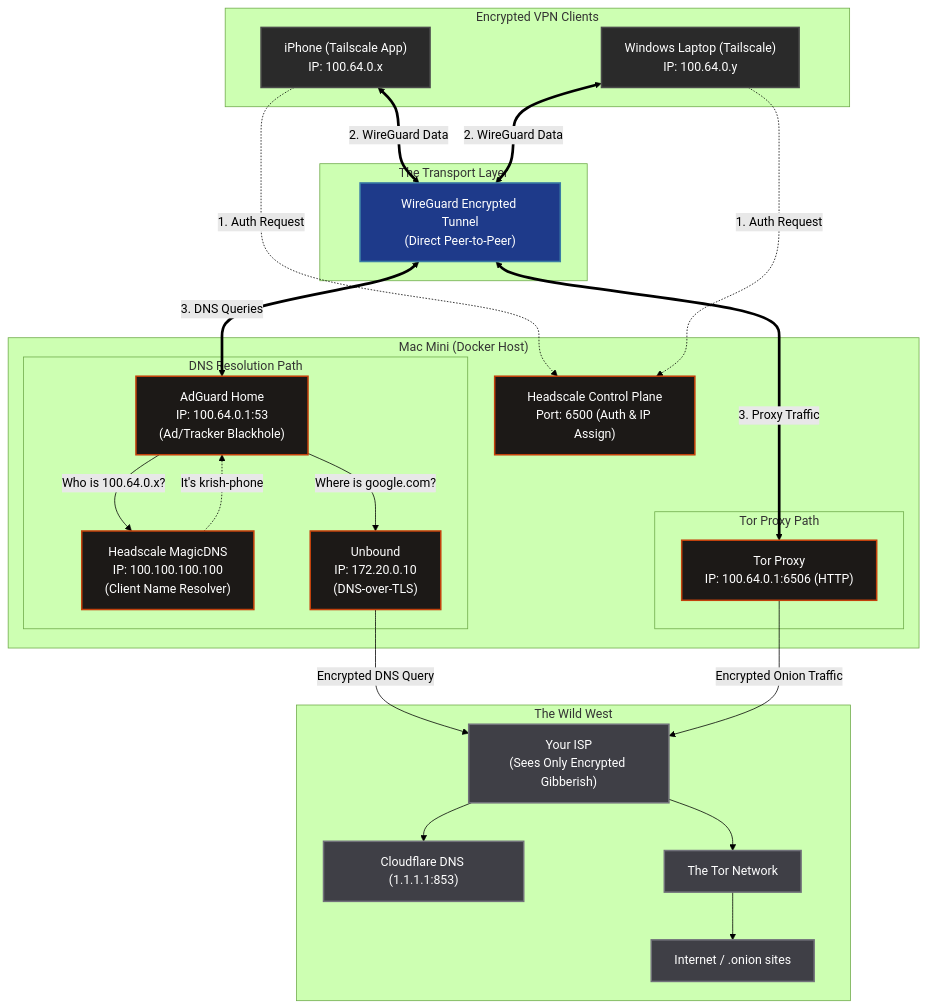
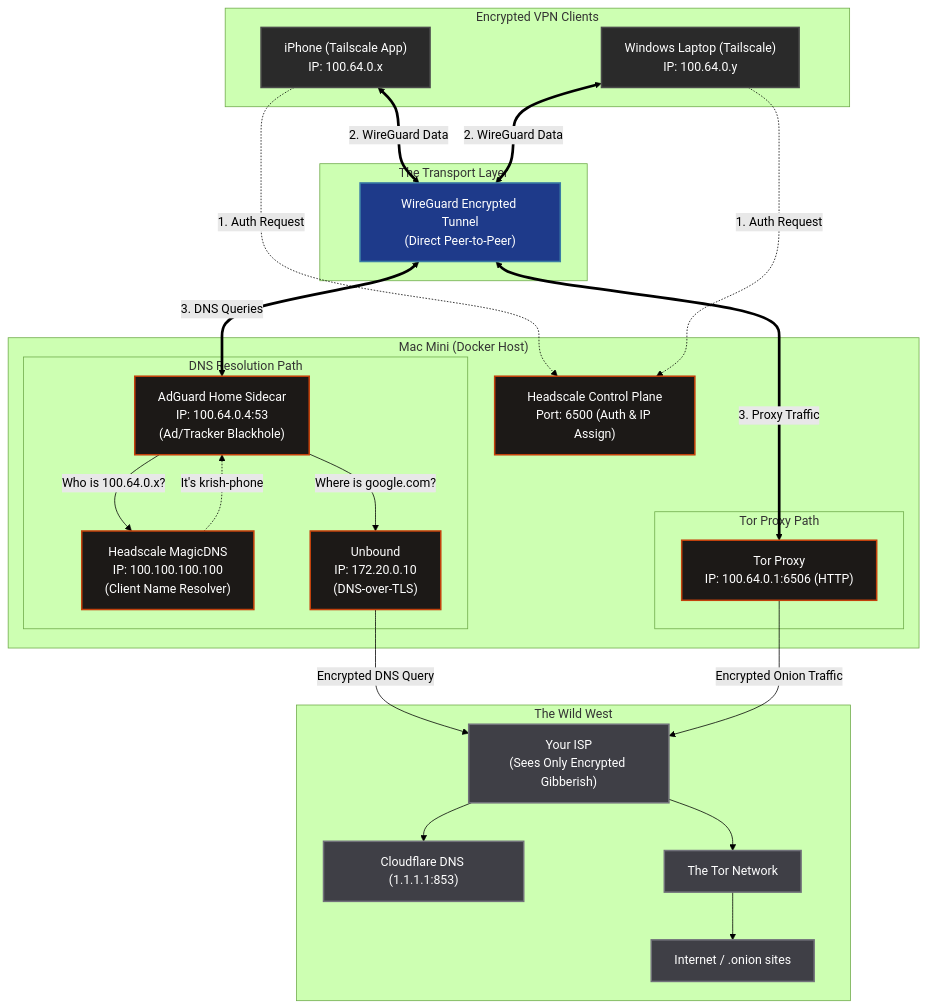
One commit to PoisedDok/emergent changed the diagram in README.md. Above: the diagram before and after it, drawn with Mermaid (forest theme). The commit also changed other lines of this file, not shown here.

Commit message:
docs: update architecture diagram and philosophy to reflect Sidecar

````diff
--- a/README.md
+++ b/README.md
@@ -9,62 +9,62 @@
 ```mermaid
 flowchart TD
     %% Define Styles
     classDef client fill:#2a2a2a,stroke:#4a4a4a,stroke-width:2px,color:#fff
     classDef wireguard fill:#1e3a8a,stroke:#3a7ca5,stroke-width:2px,color:#fff
     classDef container fill:#1c1917,stroke:#c2410c,stroke-width:2px,color:#fff
     classDef external fill:#3f3f46,stroke:#71717a,stroke-width:2px,color:#fff
 
     subgraph Clients ["Encrypted VPN Clients"]
         phone["iPhone (Tailscale App)\nIP: 100.64.0.x"]:::client
         laptop["Windows Laptop (Tailscale)\nIP: 100.64.0.y"]:::client
     end
 
     subgraph Tunnel ["The Transport Layer"]
         wg["WireGuard Encrypted Tunnel\n(Direct Peer-to-Peer)"]:::wireguard
     end
 
     subgraph Server ["Mac Mini (Docker Host)"]
         hs["Headscale Control Plane\nPort: 6500 (Auth & IP Assign)"]:::container
         
         subgraph DNS_Flow ["DNS Resolution Path"]
-            ag["AdGuard Home\nIP: 100.64.0.1:53\n(Ad/Tracker Blackhole)"]:::container
+            ag["AdGuard Home Sidecar\nIP: 100.64.0.4:53\n(Ad/Tracker Blackhole)"]:::container
             mdns["Headscale MagicDNS\nIP: 100.100.100.100\n(Client Name Resolver)"]:::container
             un["Unbound\nIP: 172.20.0.10\n(DNS-over-TLS)"]:::container
         end
 
         subgraph Proxy_Flow ["Tor Proxy Path"]
             tor["Tor Proxy\nIP: 100.64.0.1:6506 (HTTP)"]:::container
         end
     end
 
     subgraph External ["The Wild West"]
         isp["Your ISP\n(Sees Only Encrypted Gibberish)"]:::external
         cf["Cloudflare DNS (1.1.1.1:853)"]:::external
         tornet["The Tor Network"]:::external
         web["Internet / .onion sites"]:::external
     end
 
     %% Auth Flow
     phone -.->|"1. Auth Request"| hs
     laptop -.->|"1. Auth Request"| hs
 
     %% Data Flow
     phone <==>|"2. WireGuard Data"| wg
     laptop <==>|"2. WireGuard Data"| wg
     
     wg <==>|"3. DNS Queries"| ag
     wg <==>|"3. Proxy Traffic"| tor
 
     %% Internal DNS Logic
     ag -->|"Who is 100.64.0.x?"| mdns
     mdns -.->|"It's krish-phone"| ag
     ag -->|"Where is google.com?"| un
 
     %% Outbound
     un -->|"Encrypted DNS Query"| isp
     tor -->|"Encrypted Onion Traffic"| isp
     
     isp -->cf
     isp -->tornet
     tornet -->web
 ```
````
